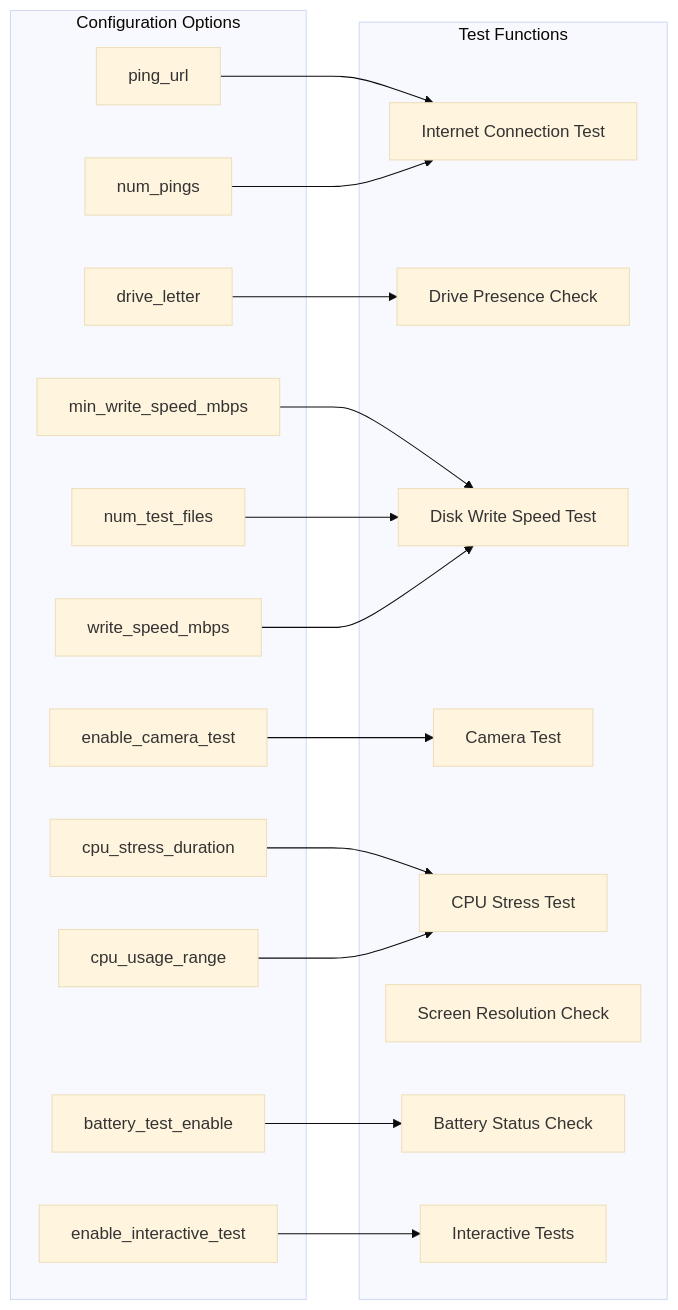
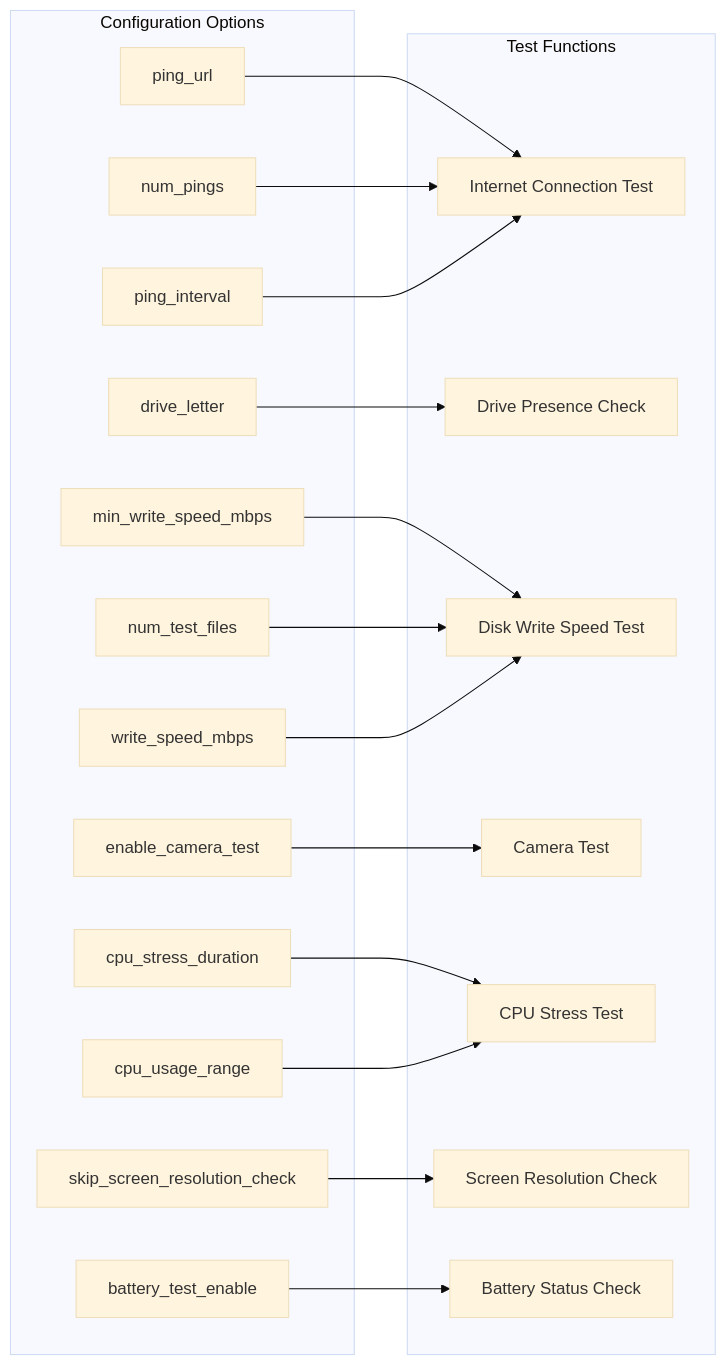
One commit to onnyx-systems/onnyx-test-examples changed the second of 4 diagrams in example_1/README.md. Above: the diagram before and after it, drawn with Mermaid (base theme). The commit also changed other lines of this file and 27 other files, not shown here.

````diff
--- a/example_1/README.md
+++ b/example_1/README.md
@@ -86,39 +77,40 @@
 ```mermaid
 flowchart LR
     subgraph Config["Configuration Options"]
         ping_url["ping_url"]
         num_pings["num_pings"]
+        ping_interval["ping_interval"]
         drive_letter["drive_letter"]
         min_write_speed["min_write_speed_mbps"]
         num_test_files["num_test_files"]
         write_speed_range["write_speed_mbps"]
         enable_camera["enable_camera_test"]
         cpu_duration["cpu_stress_duration"]
         cpu_range["cpu_usage_range"]
         battery_enable["battery_test_enable"]
-        interactive_enable["enable_interactive_test"]
+        skip_screen["skip_screen_resolution_check"]
     end
 
     subgraph Tests["Test Functions"]
         internet["Internet Connection Test"]
         drive["Drive Presence Check"]
         disk["Disk Write Speed Test"]
         camera["Camera Test"]
         cpu["CPU Stress Test"]
         screen["Screen Resolution Check"]
         battery["Battery Status Check"]
-        interactive["Interactive Tests"]
     end
 
     ping_url --> internet
     num_pings --> internet
+    ping_interval --> internet
     drive_letter --> drive
     min_write_speed --> disk
     num_test_files --> disk
     write_speed_range --> disk
     enable_camera --> camera
     cpu_duration --> cpu
     cpu_range --> cpu
     battery_enable --> battery
-    interactive_enable --> interactive
+    skip_screen --> screen
 ```
````
